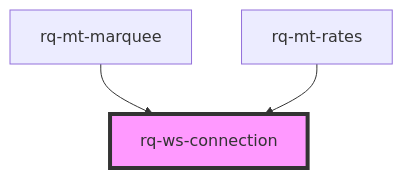
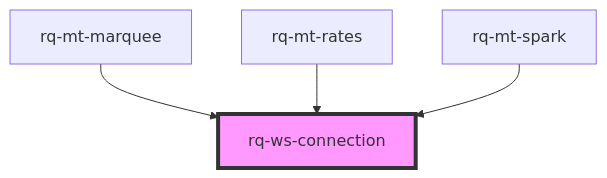
One commit to rhiaqey/widgets-ts changed the diagram in src/components/rq-ws-connection/readme.md. Above: the diagram before and after it, drawn with Mermaid. The commit also changed other lines of this file and 11 other files, not shown here.

````diff
--- a/src/components/rq-ws-connection/readme.md
+++ b/src/components/rq-ws-connection/readme.md
@@ -49,6 +50,7 @@
 ```mermaid
 graph TD;
   rq-mt-marquee --> rq-ws-connection
   rq-mt-rates --> rq-ws-connection
+  rq-mt-spark --> rq-ws-connection
   style rq-ws-connection fill:#f9f,stroke:#333,stroke-width:4px
 ```
````
